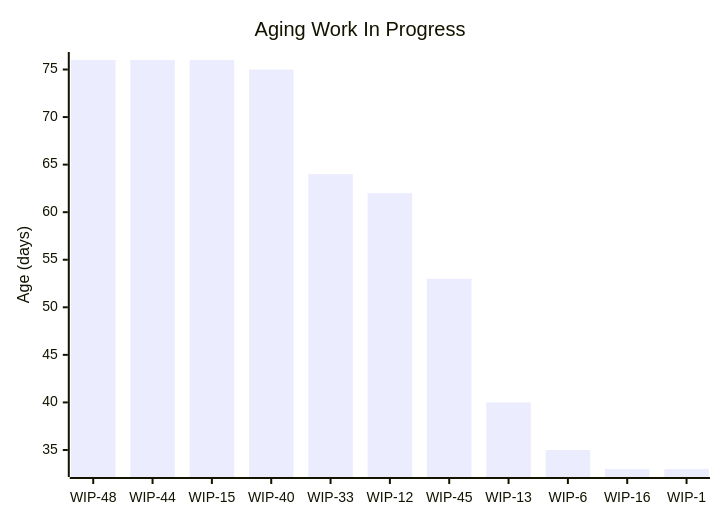
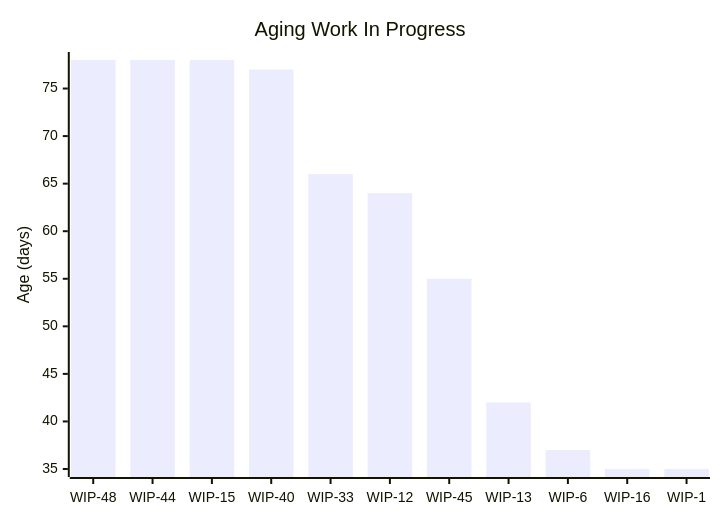
One commit to cbroult/predictability-engine changed the first of 5 diagrams in data/samples/reports/sample_data_large/priorities/High.md. Above: the diagram before and after it, drawn with Mermaid. The commit also changed other lines of this file and 73 other files, not shown here.

````diff
--- a/data/samples/reports/sample_data_large/priorities/High.md
+++ b/data/samples/reports/sample_data_large/priorities/High.md
@@ -29,7 +29,7 @@
 ```mermaid
 xychart-beta
     title "Aging Work In Progress"
     x-axis ["WIP-48", "WIP-44", "WIP-15", "WIP-40", "WIP-33", "WIP-12", "WIP-45", "WIP-13", "WIP-6", "WIP-16", "WIP-1"]
     y-axis "Age (days)"
-    bar "Age" [76, 76, 76, 75, 64, 62, 53, 40, 35, 33, 33]
+    bar "Age" [78, 78, 78, 77, 66, 64, 55, 42, 37, 35, 35]
 ```
````
